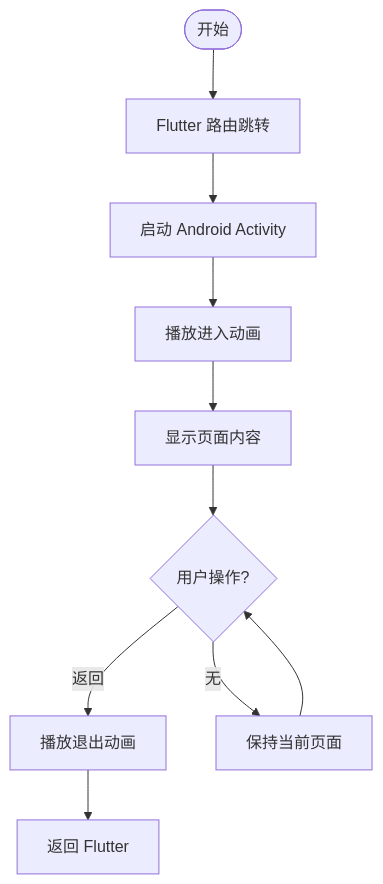
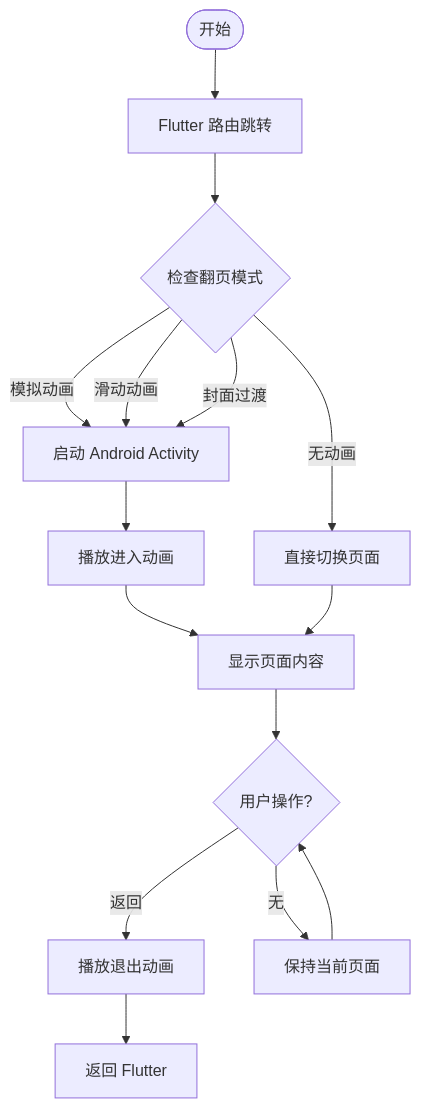
The third of 4 diagrams in .qoder/repowiki/zh/content/Flutter跨平台应用/UI组件系统/动画和过渡效果.md (ZhangGHGitHub/LegadoTeamFlutter), drawn with Mermaid before and after one commit. The commit also changed other lines of this file and 660 other files, not shown here.

````diff
--- a/.qoder/repowiki/zh/content/Flutter跨平台应用/UI组件系统/动画和过渡效果.md
+++ b/.qoder/repowiki/zh/content/Flutter跨平台应用/UI组件系统/动画和过渡效果.md
@@ -115,12 +136,17 @@
 ```mermaid
 flowchart TD
 Start(["开始"]) --> Route["Flutter 路由跳转"]
-Route --> Launch["启动 Android Activity"]
+Route --> CheckMode{"检查翻页模式"}
+CheckMode --> |模拟动画| Launch["启动 Android Activity"]
+CheckMode --> |滑动动画| Launch
+CheckMode --> |封面过渡| Launch
+CheckMode --> |无动画| DirectSwitch["直接切换页面"]
 Launch --> PlayIn["播放进入动画"]
 PlayIn --> Show["显示页面内容"]
+DirectSwitch --> Show
 Show --> UserAction{"用户操作?"}
 UserAction --> |返回| PlayOut["播放退出动画"]
 PlayOut --> Back["返回 Flutter"]
 UserAction --> |无| Idle["保持当前页面"]
 Idle --> UserAction
 ```
````
